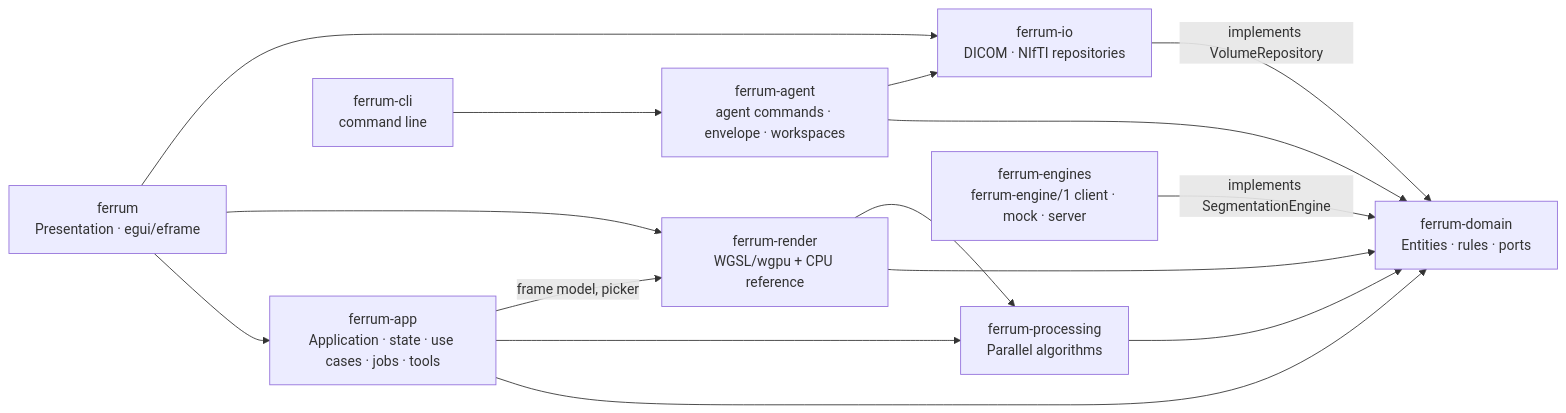
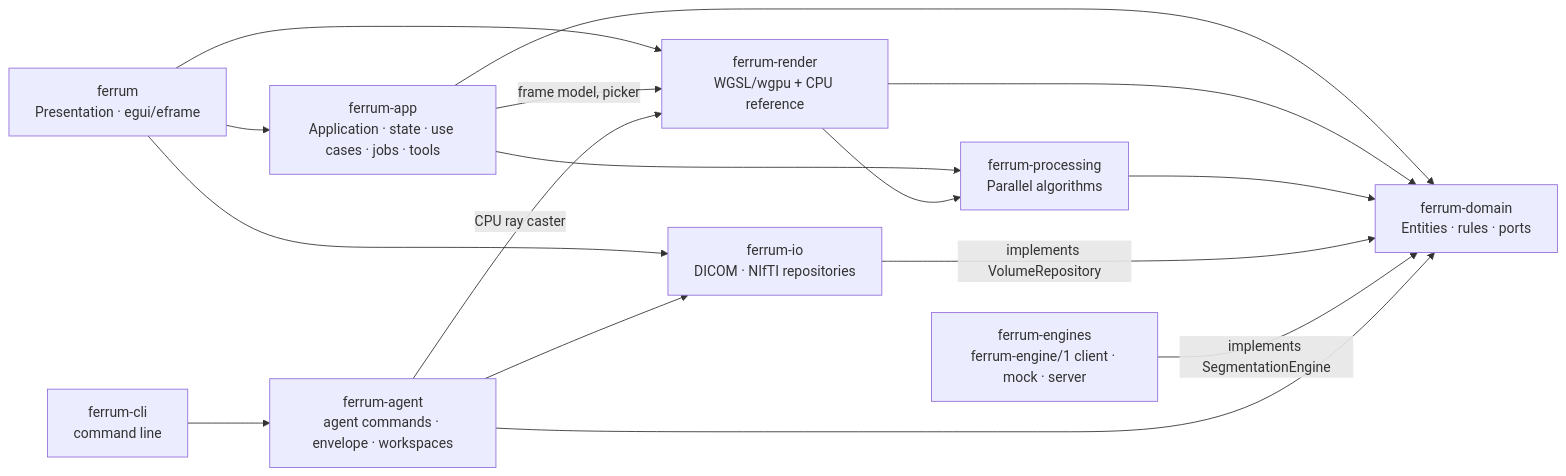
The first of 2 diagrams in docs/architecture.md (Kauter1989/ferrum), drawn with Mermaid before and after one commit. The commit also changed other lines of this file and 21 other files, not shown here.

````diff
--- a/docs/architecture.md
+++ b/docs/architecture.md
@@ -19,27 +19,28 @@
 ```mermaid
 flowchart LR
     V["ferrum<br/>Presentation · egui/eframe"]
     A["ferrum-app<br/>Application · state · use cases · jobs · tools"]
     D["ferrum-domain<br/>Entities · rules · ports"]
     P["ferrum-processing<br/>Parallel algorithms"]
     R["ferrum-render<br/>WGSL/wgpu + CPU reference"]
     IO["ferrum-io<br/>DICOM · NIfTI repositories"]
     EN["ferrum-engines<br/>ferrum-engine/1 client · mock · server"]
     AG["ferrum-agent<br/>agent commands · envelope · workspaces"]
     CLI["ferrum-cli<br/>command line"]
 
     V --> A
     V --> R
     V --> IO
     A --> D
     A --> P
     A -->|"frame model, picker"| R
     R --> D
     R --> P
     P --> D
     IO -->|"implements VolumeRepository"| D
     EN -->|"implements SegmentationEngine"| D
     CLI --> AG
     AG --> D
     AG --> IO
+    AG -->|"CPU ray caster"| R
 ```
````
